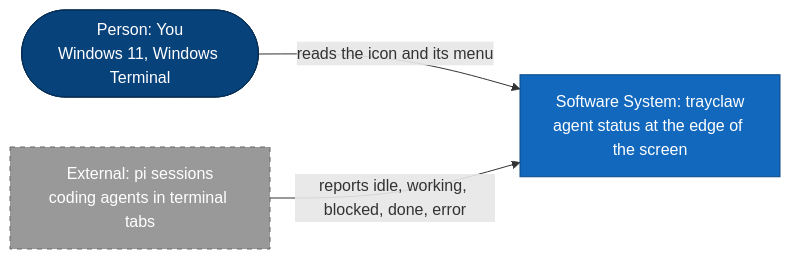
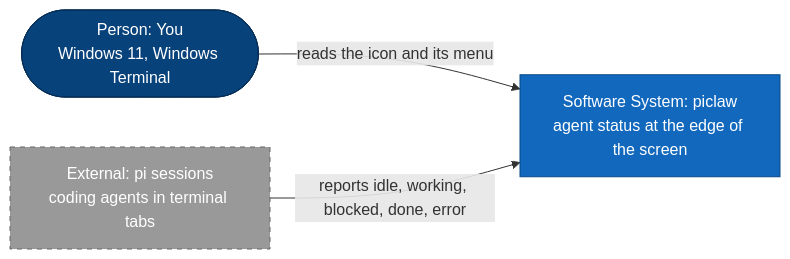
Before and after one commit to ypyl/picadence: the first of 2 diagrams in ARCHITECTURE.md, drawn with Mermaid. The commit also changed other lines of this file and 34 other files, not shown here.

````diff
--- a/ARCHITECTURE.md
+++ b/ARCHITECTURE.md
@@ -10,19 +10,19 @@
 ```mermaid
 flowchart LR
   user(["Person: You<br/>Windows 11, Windows Terminal"])
 
-  system["Software System: trayclaw<br/>agent status at the edge of the screen"]
+  system["Software System: piclaw<br/>agent status at the edge of the screen"]
 
   pi["External: pi sessions<br/>coding agents in terminal tabs"]
 
   user -->|"reads the icon and its menu"| system
   pi -->|"reports idle, working, blocked, done, error"| system
 
   classDef person fill:#08427B,color:#fff,stroke:#052E56
   classDef system fill:#1168BD,color:#fff,stroke:#0B4884
   classDef external fill:#999999,color:#fff,stroke:#666666,stroke-dasharray:5 5
 
   class user person
   class system system
   class pi external
 ```
````
